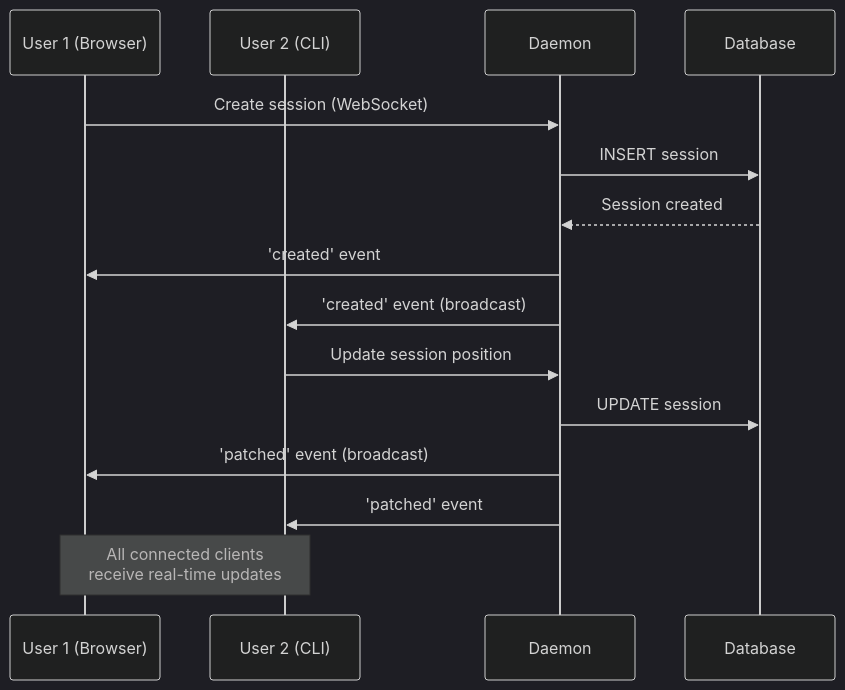
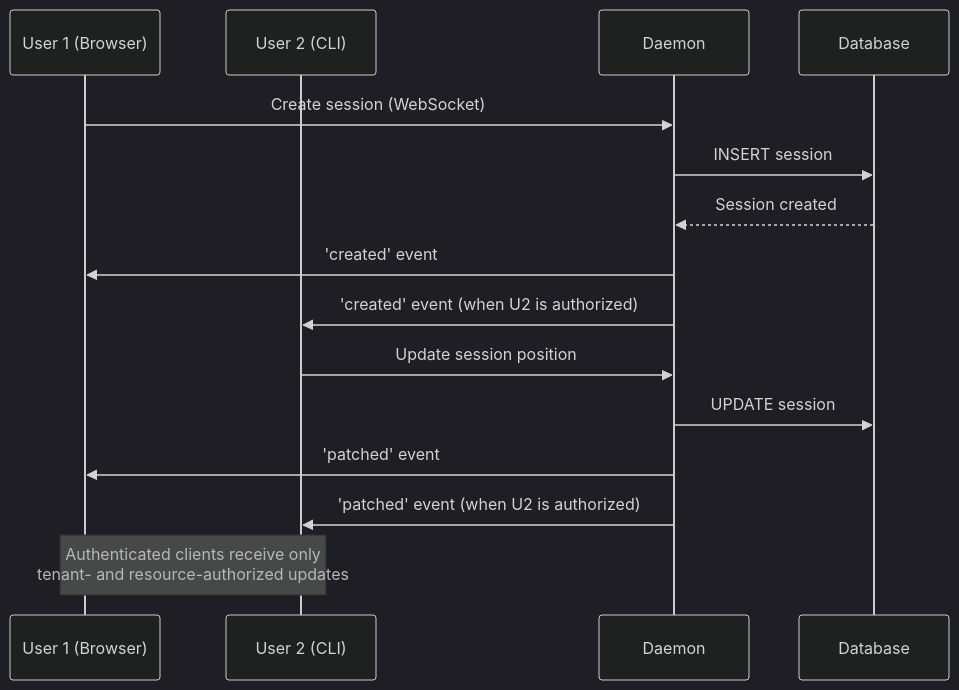
The second of 2 diagrams in apps/agor-docs/content/guide/architecture.mdx (preset-io/agor), drawn with Mermaid (dark theme) before and after one commit. The commit also changed other lines of this file and 31 other files, not shown here.

````diff
--- a/apps/agor-docs/content/guide/architecture.mdx
+++ b/apps/agor-docs/content/guide/architecture.mdx
@@ -129,20 +129,20 @@
 ```mermaid
 sequenceDiagram
     participant U1 as User 1 (Browser)
     participant U2 as User 2 (CLI)
     participant D as Daemon
     participant DB as Database
 
     U1->>D: Create session (WebSocket)
     D->>DB: INSERT session
     DB-->>D: Session created
     D->>U1: 'created' event
-    D->>U2: 'created' event (broadcast)
+    D->>U2: 'created' event (when U2 is authorized)
 
     U2->>D: Update session position
     D->>DB: UPDATE session
-    D->>U1: 'patched' event (broadcast)
-    D->>U2: 'patched' event
+    D->>U1: 'patched' event
+    D->>U2: 'patched' event (when U2 is authorized)
 
-    Note over U1,U2: All connected clients<br/>receive real-time updates
+    Note over U1,U2: Authenticated clients receive only<br/>tenant- and resource-authorized updates
 ```
````
